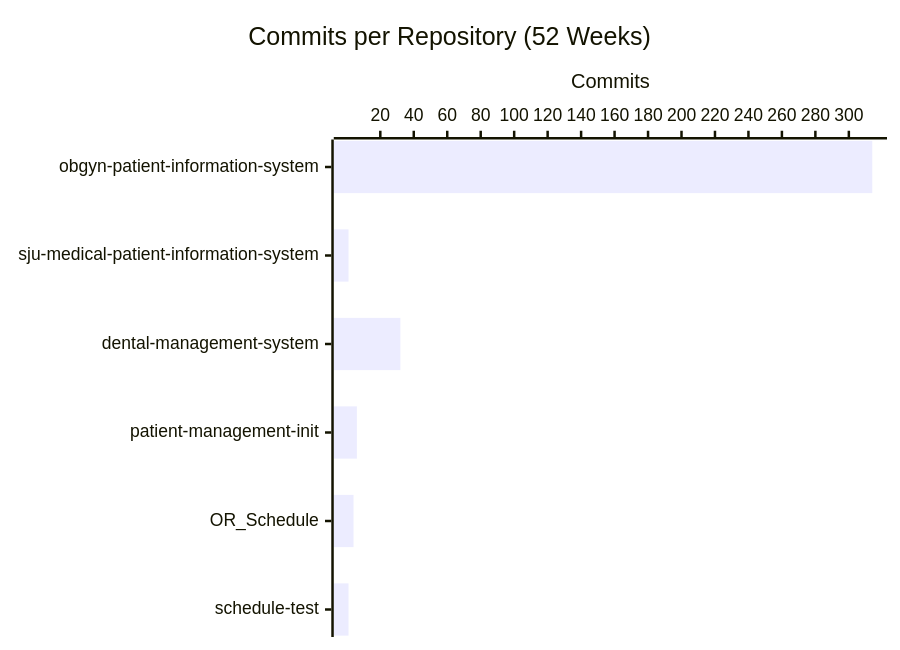
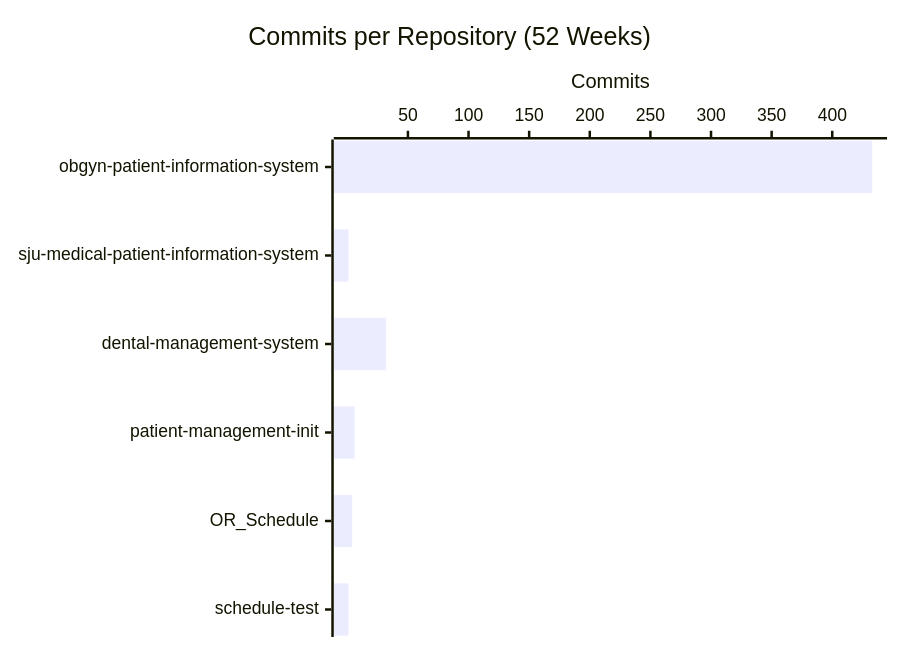
The second of 4 diagrams in profile/README.md (CSTH-Projects/.github), drawn with Mermaid before and after one commit. The commit also changed other lines of this file, not shown here.

````diff
--- a/profile/README.md
+++ b/profile/README.md
@@ -24,7 +24,7 @@
 ```mermaid
 xychart-beta horizontal
     title "Commits per Repository (52 Weeks)"
     x-axis ["obgyn-patient-information-system", "sju-medical-patient-information-system", "dental-management-system", "patient-management-init", "OR_Schedule", "schedule-test"]
     y-axis "Commits"
-    bar [314, 1, 32, 6, 4, 1]
+    bar [433, 1, 32, 6, 4, 1]
 ```
````
